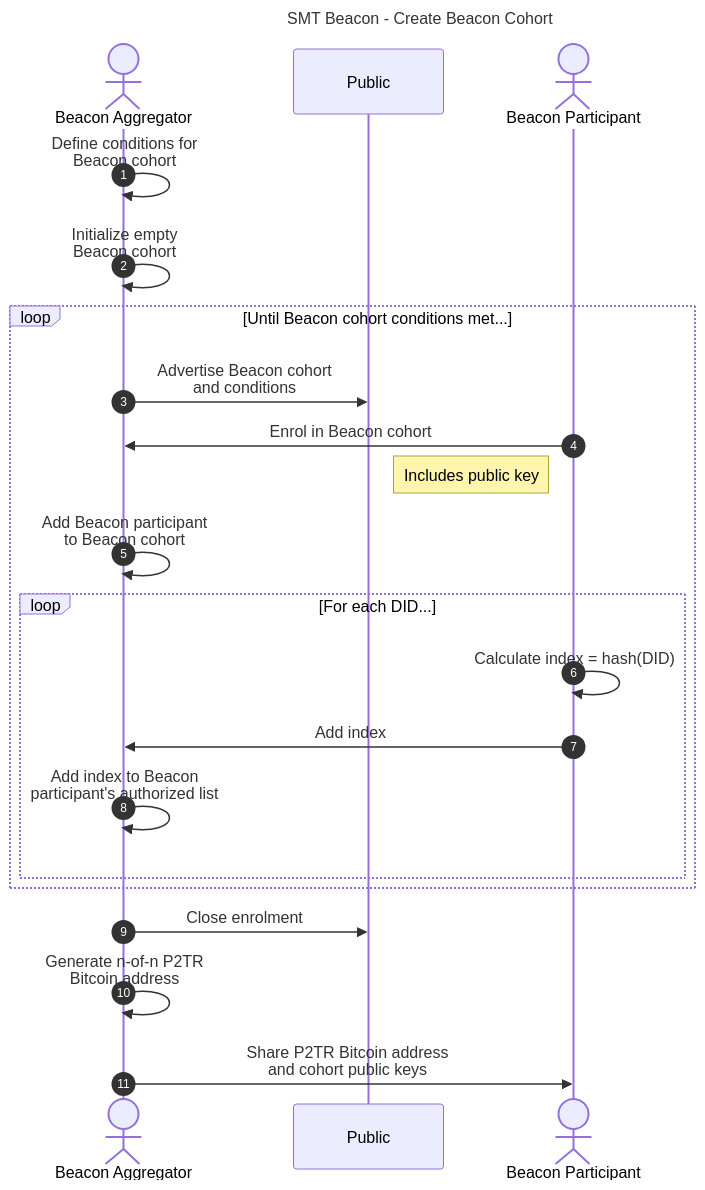
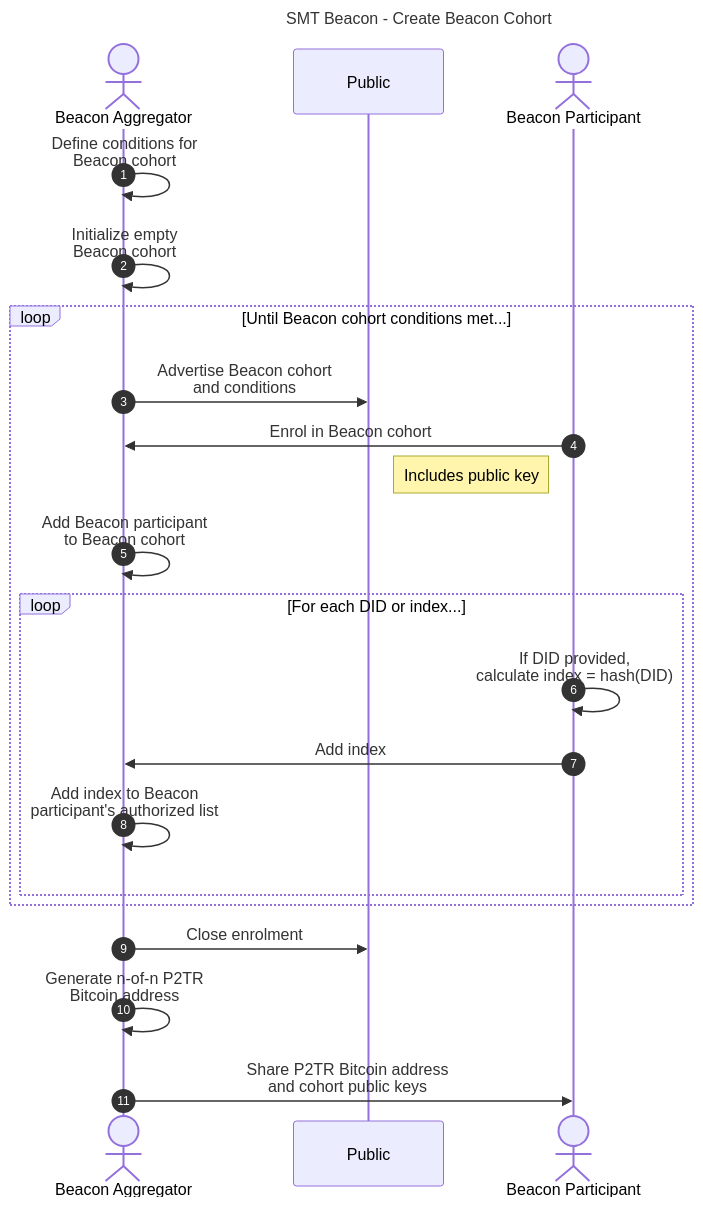
One commit to dcdpr/did-btc1 changed the third of 4 diagrams in chapters/Beacons.md. Above: the diagram before and after it, drawn with Mermaid. The commit also changed other lines of this file, not shown here.

Commit message:
Added introductory text to sequence diagrams.

````diff
--- a/chapters/Beacons.md
+++ b/chapters/Beacons.md
@@ -296,29 +307,29 @@
 ```mermaid
 sequenceDiagram
     autonumber
     title SMT Beacon - Create Beacon Cohort
 
     actor A as Beacon Aggregator
     participant P as Public
     actor R as Beacon Participant
 
     A ->> A: Define conditions for<br/>Beacon cohort
     A ->> A: Initialize empty<br/>Beacon cohort
 
     loop Until Beacon cohort conditions met...
         A ->> P: Advertise Beacon cohort<br/>and conditions
         R ->> A: Enrol in Beacon cohort
         note left of R: Includes public key
         A ->> A: Add Beacon participant<br/>to Beacon cohort
 
-        loop For each DID...
-            R ->> R: Calculate index = hash(DID)
+        loop For each DID or index...
+            R ->> R: If DID provided,<br/>calculate index = hash(DID)
             R ->> A: Add index
             A ->> A: Add index to Beacon<br/>participant's authorized list
         end
     end
 
     A ->> P: Close enrolment
     A ->> A: Generate n-of-n P2TR<br/>Bitcoin address
     A ->> R: Share P2TR Bitcoin address<br/>and cohort public keys
 ```
````
